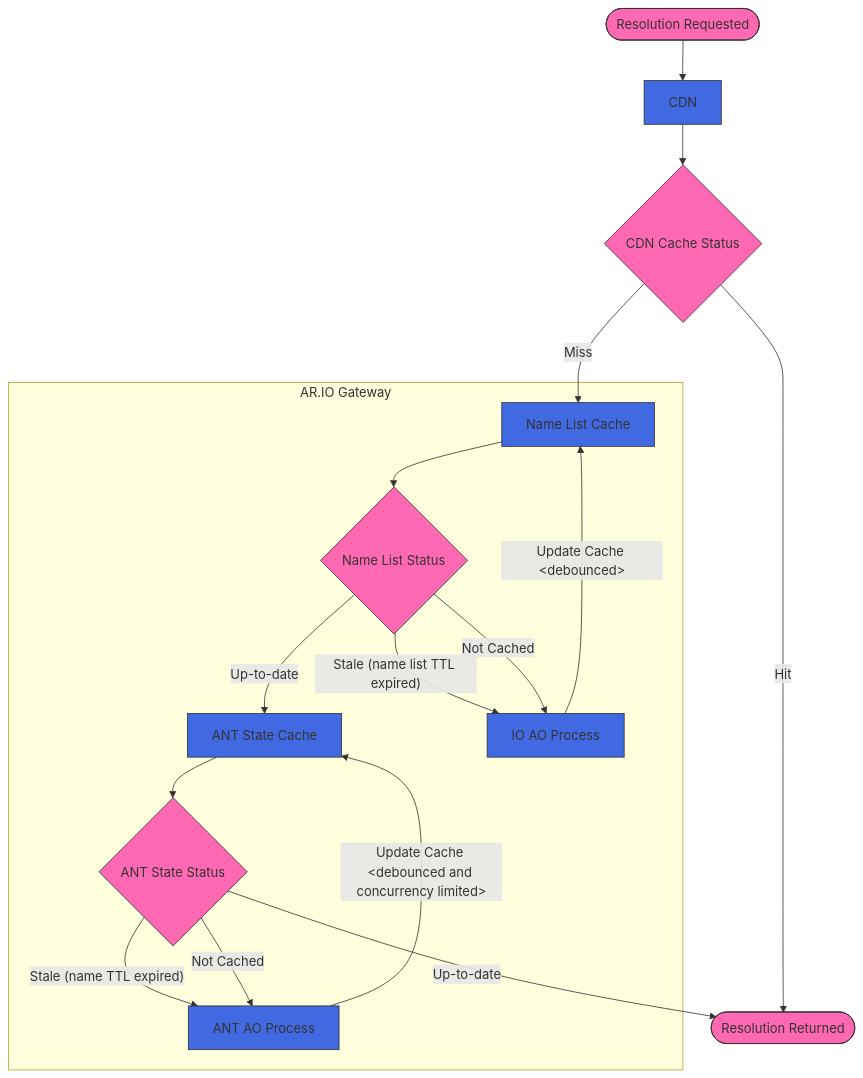
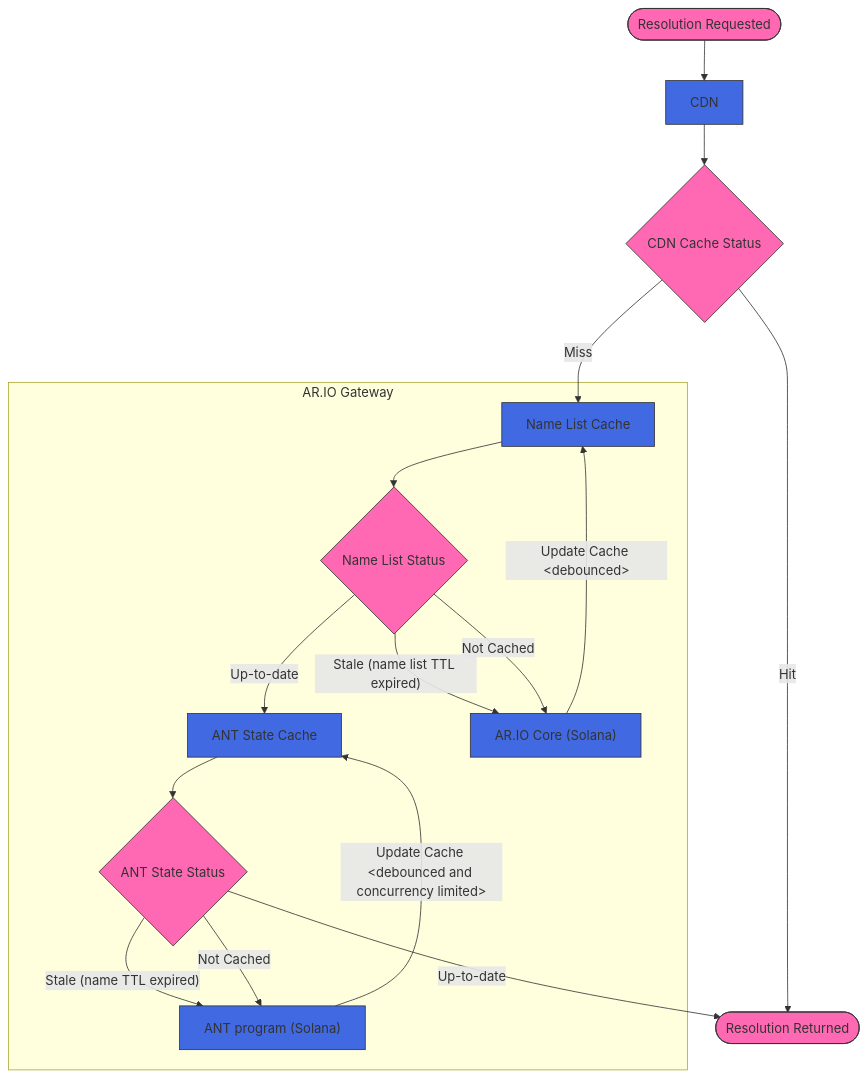
One commit to ar-io/ar-io-node changed the diagram in docs/madr/002-arns-cache-timing.md. Above: the diagram before and after it, drawn with Mermaid. The commit also changed other lines of this file and 14 other files, not shown here.

````diff
--- a/docs/madr/002-arns-cache-timing.md
+++ b/docs/madr/002-arns-cache-timing.md
@@ -23,37 +29,37 @@
 ```mermaid
 flowchart TD
     Start([Resolution Requested]) --> CDN[CDN]
     CDN --> CDNStatus{"CDN Cache Status"}
     CDNStatus -->|Hit| Resolution
     CDNStatus -->|Miss| NameCache
 
     subgraph Gateway ["AR.IO Gateway"]
         NameCache["Name List Cache"]
 
         NameCache --> ListStatus{"Name List Status"}
         ListStatus -->|Up-to-date| ANTCache["ANT State Cache"]
-        ListStatus -->|"Stale (name list TTL expired)"| IO["IO AO Process"]
+        ListStatus -->|"Stale (name list TTL expired)"| IO["AR.IO Core (Solana)"]
         ListStatus -->|Not Cached| IO
 
         ANTCache --> StateStatus{"ANT State Status"}
-        StateStatus -->|"Stale (name TTL expired)"| ANT["ANT AO Process"]
+        StateStatus -->|"Stale (name TTL expired)"| ANT["ANT program (Solana)"]
         StateStatus -->|Not Cached| ANT
 
         IO -->|"Update Cache &lt;debounced&gt;"| NameCache
         ANT -->|"Update Cache &lt;debounced and concurrency limited&gt;"| ANTCache
     end
 
     StateStatus -->|Up-to-date| Resolution([Resolution Returned])
 
     style Start fill:#ff69b4,stroke:#333
     style CDN fill:#4169e1,stroke:#333
     style NameCache fill:#4169e1,stroke:#333
     style IO fill:#4169e1,stroke:#333
     style ANT fill:#4169e1,stroke:#333
     style ListStatus fill:#ff69b4,stroke:#333
     style ANTCache fill:#4169e1,stroke:#333
     style StateStatus fill:#ff69b4,stroke:#333
     style Resolution fill:#ff69b4,stroke:#333
     style CDNStatus fill:#ff69b4,stroke:#333
 
 ```
````
